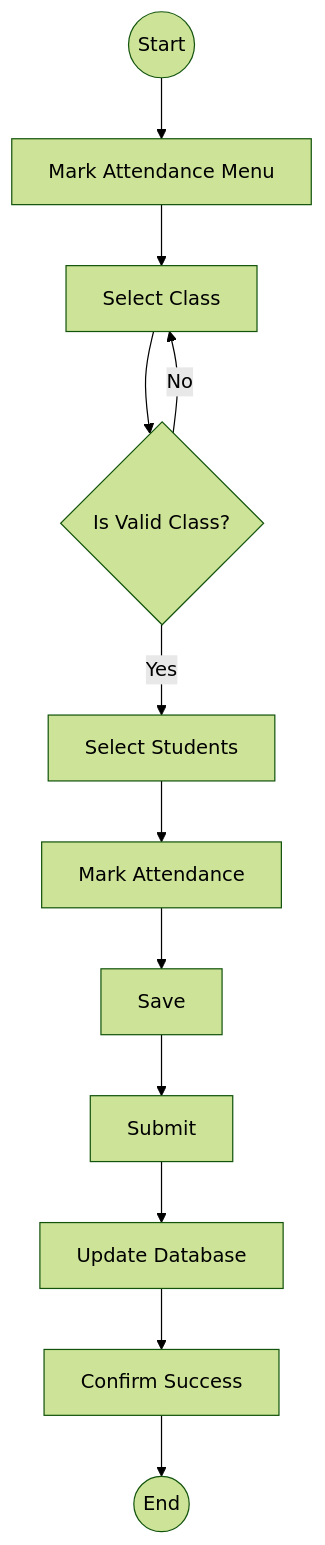
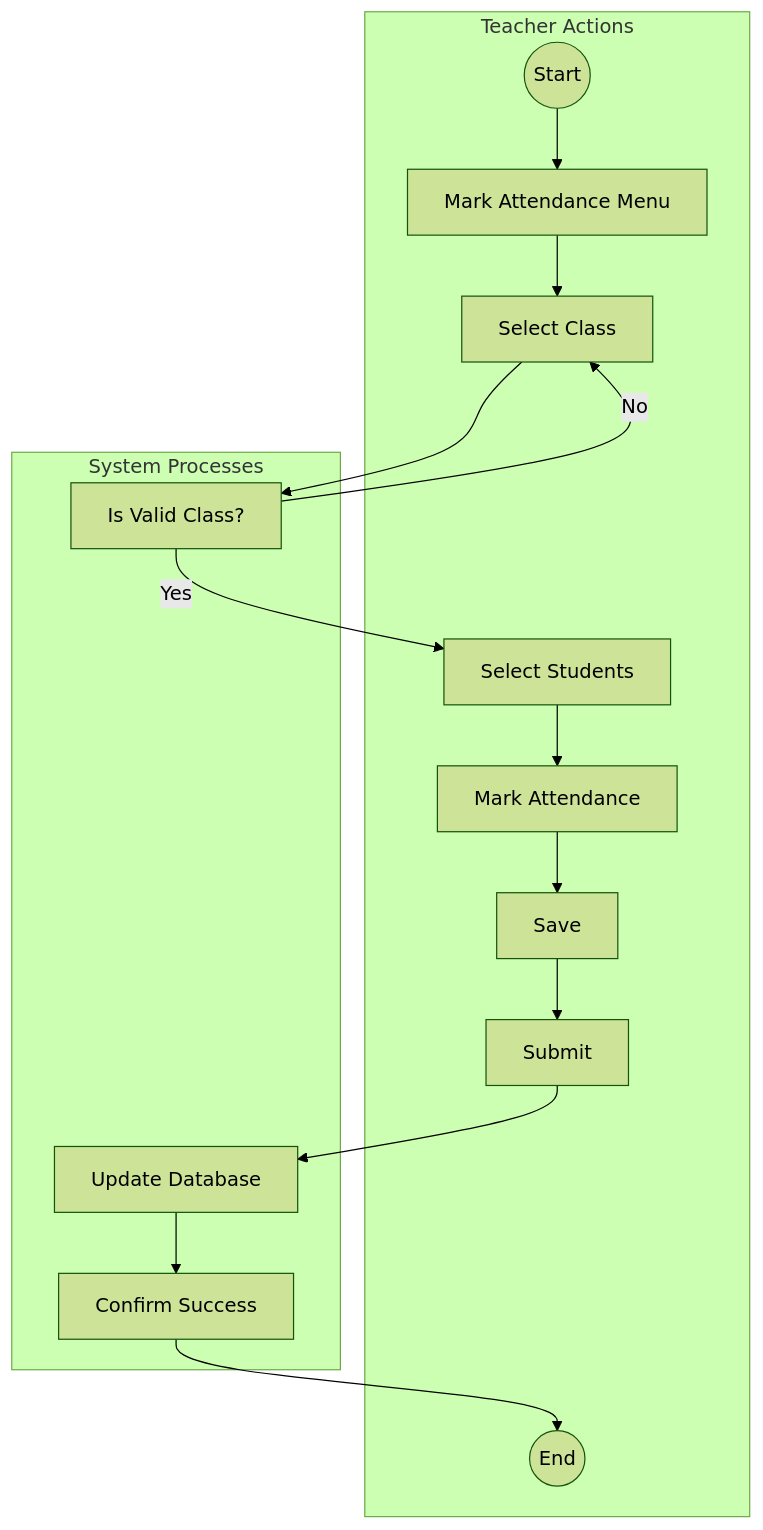
The first of 7 diagrams in STATE_AND_ACTIVITY_DIAGRAMS/ACTIVITY_DIAGRAMS.MD (Dimitri-Ferus-216058570/ElectronicAttendanceSystem), drawn with Mermaid (forest theme) before and after one commit. The commit also changed other lines of this file, not shown here.

````diff
--- a/STATE_AND_ACTIVITY_DIAGRAMS/ACTIVITY_DIAGRAMS.MD
+++ b/STATE_AND_ACTIVITY_DIAGRAMS/ACTIVITY_DIAGRAMS.MD
@@ -5,26 +5,34 @@
 ```mermaid
 flowchart TD
-    A((Start))
-    B[Mark Attendance Menu]
-    C[Select Class]
-    D{Is Valid Class?}
-    E[Select Students]
-    F[Mark Attendance]
-    G[Save]
-    H[Submit]
-    I[Update Database]
-    J[Confirm Success]
-    K((End))
-    
-    A --> B
-    B --> C
-    C --> D
-    D -- Yes --> E
-    D -- No --> C
-    E --> F
-    F --> G
-    G --> H
-    H --> I
-    I --> J
-    J --> K
+  %% Teacher Swimlane
+  subgraph Teacher [Teacher Actions]
+      T0((Start))
+      T1[Mark Attendance Menu]
+      T2[Select Class]
+      T3[Select Students]
+      T4[Mark Attendance]
+      T5[Save]
+      T6[Submit]
+      T_end((End))
+  end
+
+  %% System Swimlane
+  subgraph System [System Processes]
+      D[Is Valid Class?]
+      S1[Update Database]
+      S2[Confirm Success]
+  end
+
+  %% Flow Connections
+  T0 --> T1
+  T1 --> T2
+  T2 --> D
+  D -- Yes --> T3
+  D -- No --> T2
+  T3 --> T4
+  T4 --> T5
+  T5 --> T6
+  T6 --> S1
+  S1 --> S2
+  S2 --> T_end
 ```
````
